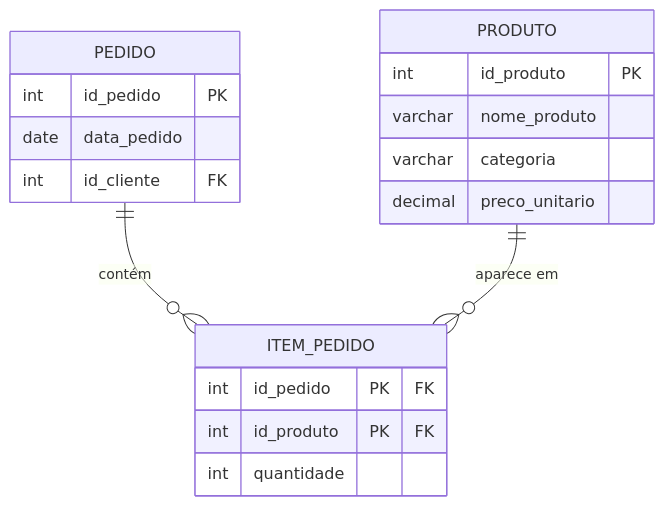
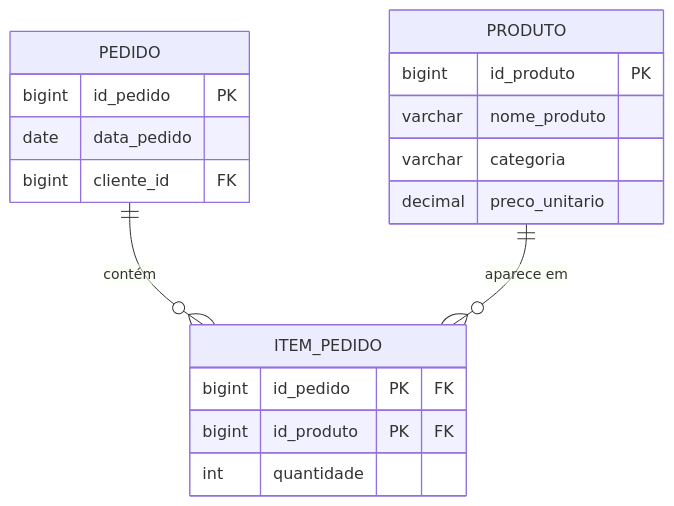
The third of 8 diagrams in aulas/Aula_02_Normalizacao.md (DSM-Fatec-Jahu/Banco-de-Dados-Relacional-IBD015), drawn with Mermaid before and after one commit. The commit also changed other lines of this file and 13 other files, not shown here.

````diff
--- a/aulas/Aula_02_Normalizacao.md
+++ b/aulas/Aula_02_Normalizacao.md
@@ -240,24 +240,24 @@
 ```mermaid
 erDiagram
     PEDIDO {
-        int id_pedido PK
+        bigint id_pedido PK
         date data_pedido
-        int id_cliente FK
+        bigint cliente_id FK
     }
 
     PRODUTO {
-        int id_produto PK
+        bigint id_produto PK
         varchar nome_produto
         varchar categoria
         decimal preco_unitario
     }
 
     ITEM_PEDIDO {
-        int id_pedido PK "FK"
-        int id_produto PK "FK"
+        bigint id_pedido PK "FK"
+        bigint id_produto PK "FK"
         int quantidade
     }
 
     PEDIDO ||--o{ ITEM_PEDIDO : "contém"
     PRODUTO ||--o{ ITEM_PEDIDO : "aparece em"
 ```
````
